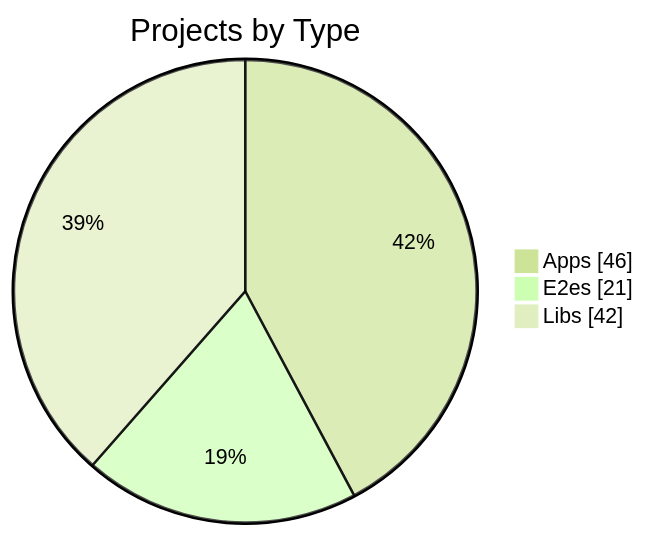
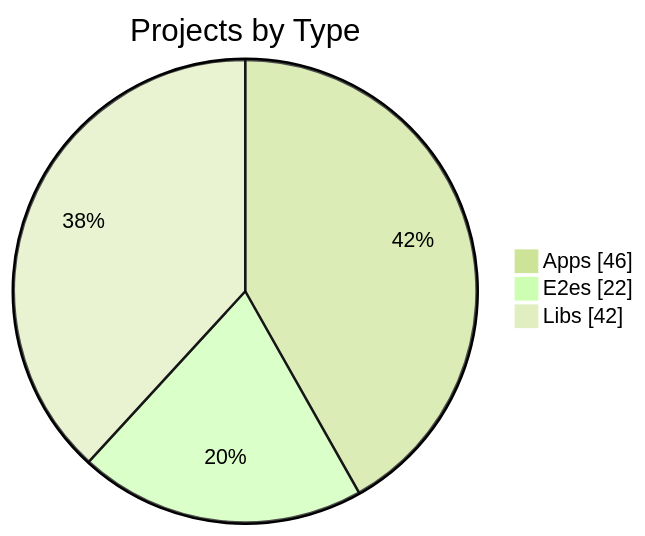
The first of 3 diagrams in apps/kbve/astro-kbve/src/content/docs/dashboard/graph.mdx (KBVE/kbve), drawn with Mermaid (forest theme) before and after one commit. The commit also changed other lines of this file and 8 other files, not shown here.

````diff
--- a/apps/kbve/astro-kbve/src/content/docs/dashboard/graph.mdx
+++ b/apps/kbve/astro-kbve/src/content/docs/dashboard/graph.mdx
@@ -56,7 +56,7 @@
 ```mermaid
 pie showData
     title Projects by Type
     "Apps" : 46
-    "E2es" : 21
+    "E2es" : 22
     "Libs" : 42
 ```
````
